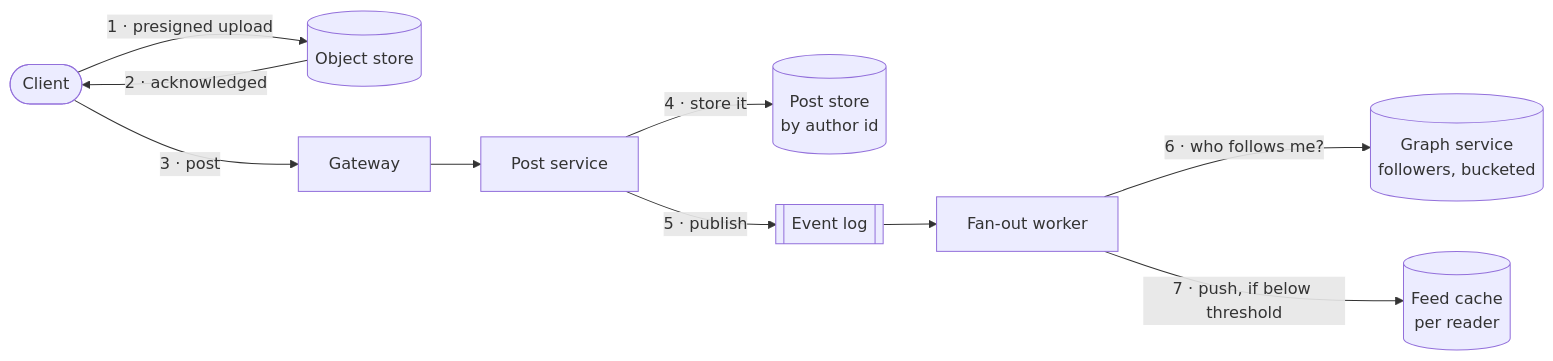
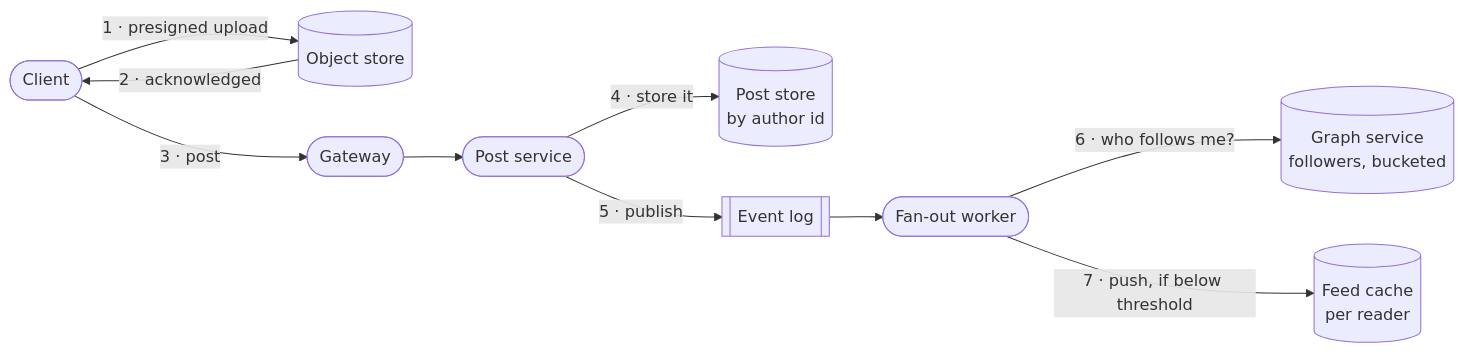
One commit to Laticent/lattice changed diagram 17 of 19 in examples/system-design-foundations.md. Above: the diagram before and after it, drawn with Mermaid. The commit also changed other lines of this file and 1 other file, not shown here.

````diff
--- a/examples/system-design-foundations.md
+++ b/examples/system-design-foundations.md
@@ -2424,11 +2429,11 @@
 ```mermaid
 flowchart LR
   C(["Client"]) -->|"1 · presigned upload"| OS[("Object store")]
   OS -->|"2 · acknowledged"| C
-  C -->|"3 · post"| API["Gateway"] --> W["Post service"]
+  C -->|"3 · post"| API(["Gateway"]) --> W(["Post service"])
   W -->|"4 · store it"| PDB[("Post store<br/>by author id")]
   W -->|"5 · publish"| Q[["Event log"]]
-  Q --> FAN["Fan-out worker"]
+  Q --> FAN(["Fan-out worker"])
   FAN -->|"6 · who follows me?"| GS[("Graph service<br/>followers, bucketed")]
   FAN -->|"7 · push, if below threshold"| FC[("Feed cache<br/>per reader")]
 ```
````
